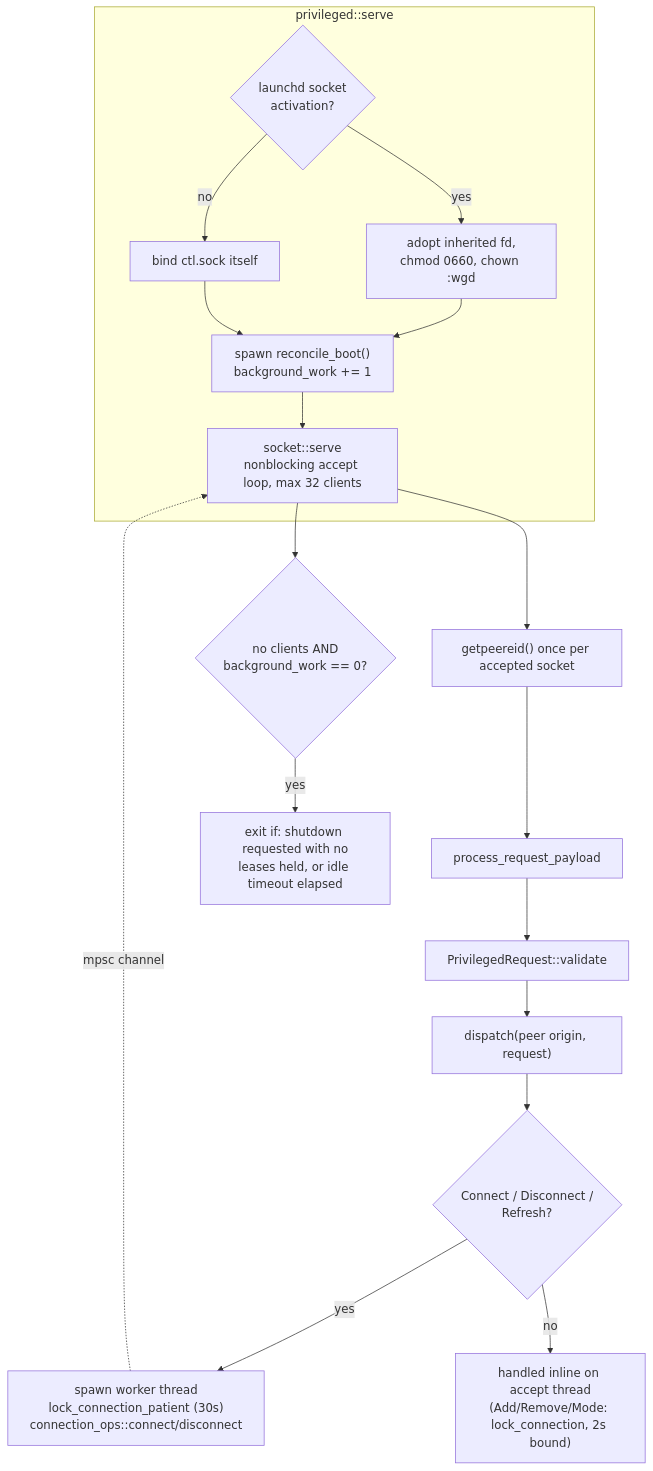
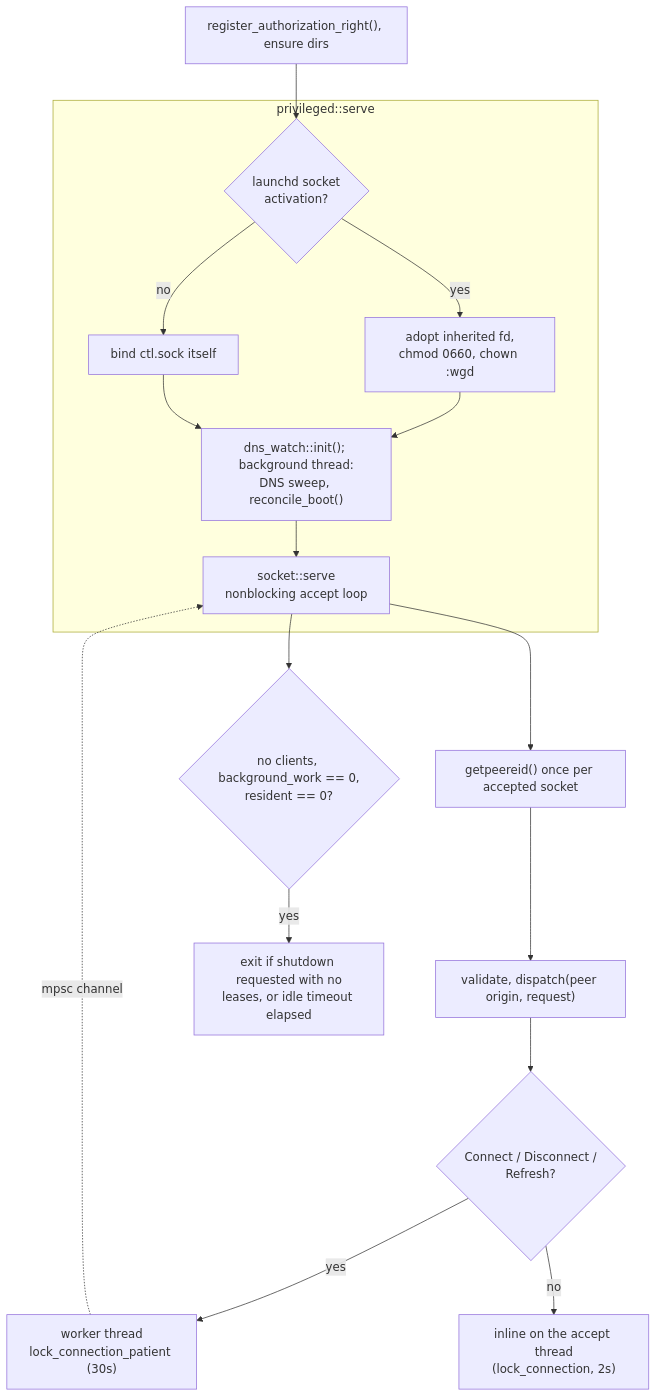
The seventh of 11 diagrams in doc/architecture.md (pansen/macos-wireguard-daemon), drawn with Mermaid before and after one commit. The commit also changed other lines of this file and 4 other files, not shown here.

````diff
--- a/doc/architecture.md
+++ b/doc/architecture.md
@@ -428,25 +330,23 @@
 ```mermaid
 flowchart TB
+    AUTH["register_authorization_right(), ensure dirs"] --> ACT
     subgraph serve["privileged::serve"]
         ACT{"launchd socket<br/>activation?"}
         ACT -->|yes| FD["adopt inherited fd,<br/>chmod 0660, chown :wgd"]
         ACT -->|no| BIND["bind ctl.sock itself"]
         FD --> SPAWN
         BIND --> SPAWN
-        SPAWN["spawn reconcile_boot()<br/>background_work += 1"] --> LOOP
+        SPAWN["dns_watch::init(); background thread:<br/>DNS sweep, reconcile_boot()"] --> LOOP
     end
 
-    LOOP["socket::serve<br/>nonblocking accept loop, max 32 clients"]
+    LOOP["socket::serve<br/>nonblocking accept loop"]
     LOOP --> GPC["getpeereid() once per accepted socket"]
-    GPC --> PRP["process_request_payload"]
-    PRP --> VAL["PrivilegedRequest::validate"]
-    VAL --> DISP["dispatch(peer origin, request)"]
+    GPC --> DISP["validate, dispatch(peer origin, request)"]
+    DISP --> IMM{"Connect / Disconnect /<br/>Refresh?"}
+    IMM -->|yes| WORK["worker thread<br/>lock_connection_patient (30s)"]
+    WORK -.->|"mpsc channel"| LOOP
+    IMM -->|no| SYNC["inline on the accept thread<br/>(lock_connection, 2s)"]
 
-    DISP --> IMM{"Connect / Disconnect /<br/>Refresh?"}
-    IMM -->|yes| WORK["spawn worker thread<br/>lock_connection_patient (30s)<br/>connection_ops::connect/disconnect"]
-    WORK -.->|"mpsc channel"| LOOP
-    IMM -->|no| SYNC["handled inline on accept thread<br/>(Add/Remove/Mode: lock_connection, 2s bound)"]
-
-    LOOP --> IDLE{"no clients AND<br/>background_work == 0?"}
-    IDLE -->|yes| EXIT["exit if: shutdown requested with no<br/>leases held, or idle timeout elapsed"]
+    LOOP --> IDLE{"no clients, background_work == 0,<br/>resident == 0?"}
+    IDLE -->|yes| EXIT["exit if shutdown requested with no<br/>leases, or idle timeout elapsed"]
 ```
````
